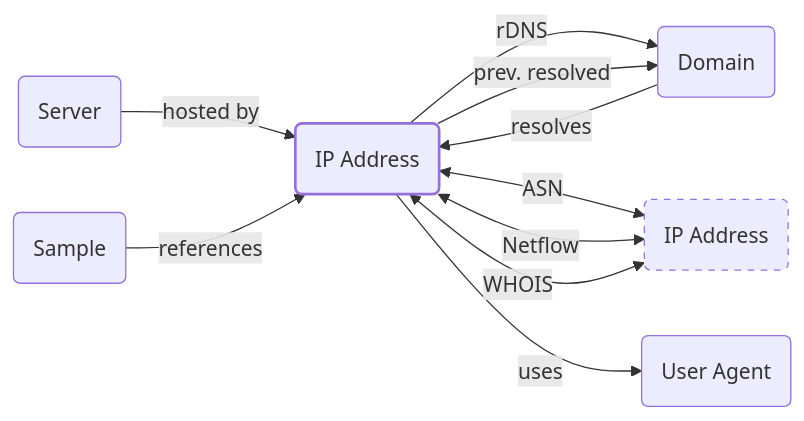
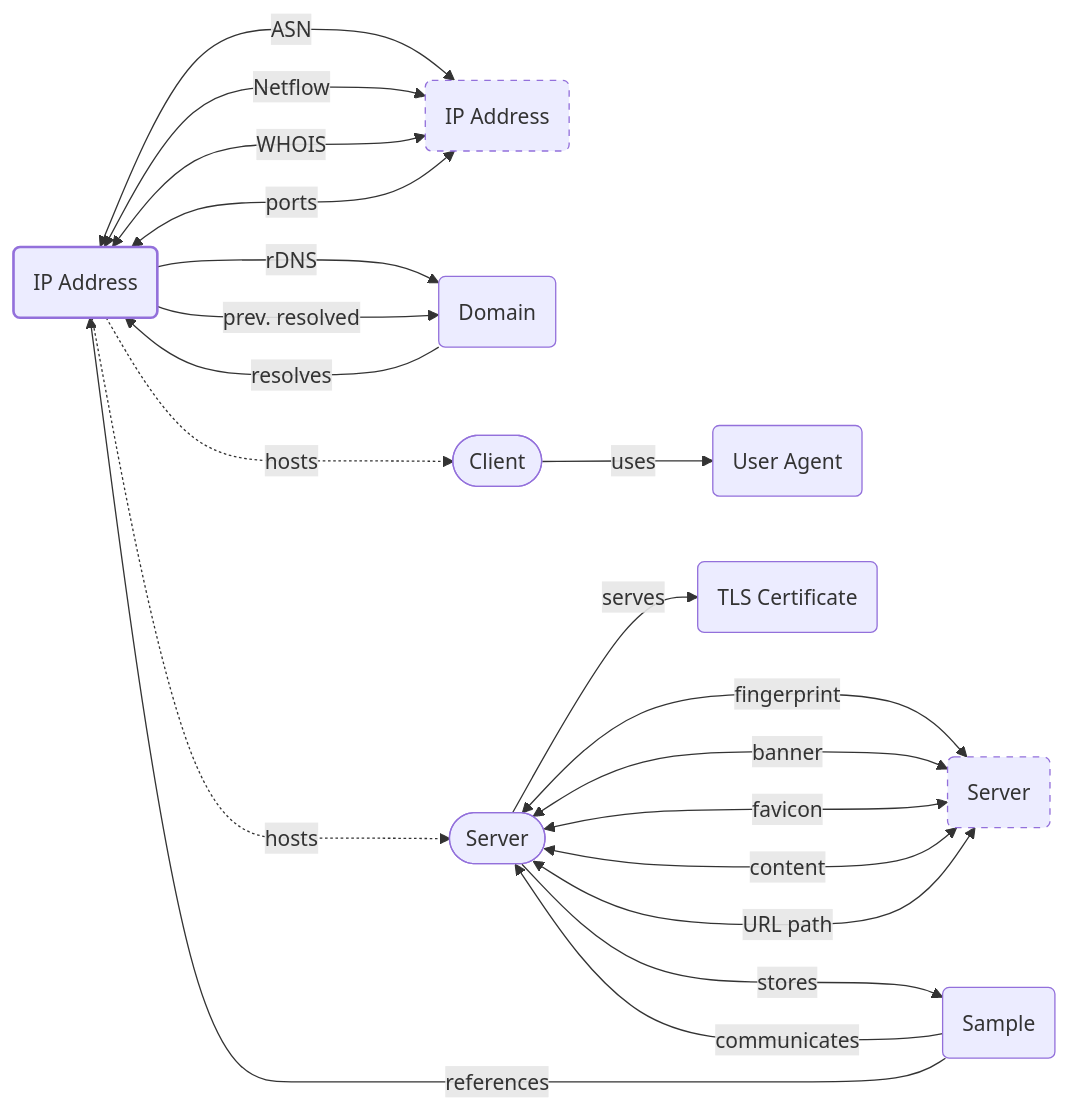
The diagram in docs/artifacts/ip-address.md (korniko98/pivot-atlas), drawn with Mermaid before and after one commit. The commit also changed other lines of this file and 8 other files, not shown here.

Commit message:
Merge IP address and server

````diff
--- a/docs/artifacts/ip-address.md
+++ b/docs/artifacts/ip-address.md
@@ -29,31 +31,44 @@
 	```mermaid
 	flowchart LR
 		classDef primary stroke-width: 2px
 		classDef secondary stroke-dasharray: 5 5
 		
 		%% define nodes
 		IP_ADDRESS(IP Address):::primary
 		IP_ADDRESS_(IP Address):::secondary
 		DOMAIN(Domain)
-		SERVER(Server)
+		SERVER([Server])
+		CLIENT([Client])
+		SERVER_(Server):::secondary
 		SAMPLE(Sample)
 		USER_AGENT(User Agent)
+		TLS_CERT(TLS Certificate)
 		
 		%% define edges
-		DOMAIN -- resolves --> IP_ADDRESS
+		IP_ADDRESS -. hosts ..-> CLIENT
+		CLIENT -- uses --> USER_AGENT
+		IP_ADDRESS <-- ASN --> IP_ADDRESS_
+		IP_ADDRESS <-- Netflow --> IP_ADDRESS_
+		IP_ADDRESS <-- WHOIS ---> IP_ADDRESS_
+		IP_ADDRESS <-- ports --> IP_ADDRESS_
+		IP_ADDRESS -. hosts ..-> SERVER
+		SERVER -- serves --> TLS_CERT
+		SERVER <-- fingerprint ---> SERVER_
+		SERVER <-- banner ---> SERVER_
+		SERVER <-- favicon ---> SERVER_
+		SERVER <-- content ---> SERVER_
+		SERVER <-- URL path ---> SERVER_
+		SERVER -- stores ---> SAMPLE
+		SAMPLE -- communicates --> SERVER
+		SAMPLE -- references --> IP_ADDRESS
+		DOMAIN -- resolves ---> IP_ADDRESS
 		IP_ADDRESS -- rDNS --> DOMAIN
 		IP_ADDRESS -- prev. resolved --> DOMAIN
-		IP_ADDRESS <-- ASN --> IP_ADDRESS_
-		IP_ADDRESS -- uses --> USER_AGENT
-		IP_ADDRESS <-- Netflow --> IP_ADDRESS_
-		IP_ADDRESS <-- WHOIS --> IP_ADDRESS_
-		SERVER -- hosted by --> IP_ADDRESS
-		SAMPLE -- references --> IP_ADDRESS
 		
 		%% define links
 		click IP_ADDRESS_ "#ip-addresses"
 		click DOMAIN "#domains"
 		click SERVER "#servers"
 		click SAMPLE "#samples"
 		click USER_AGENT "#user-agents"
 	```
````
